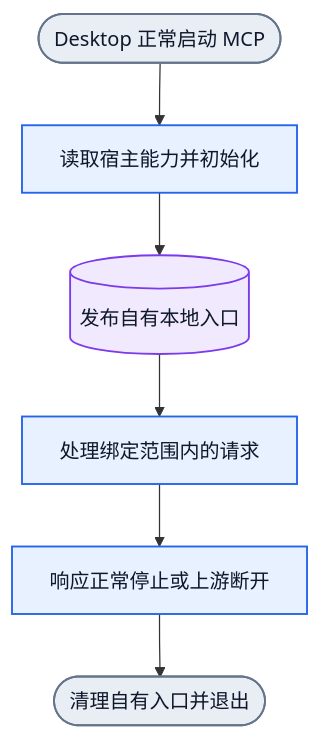
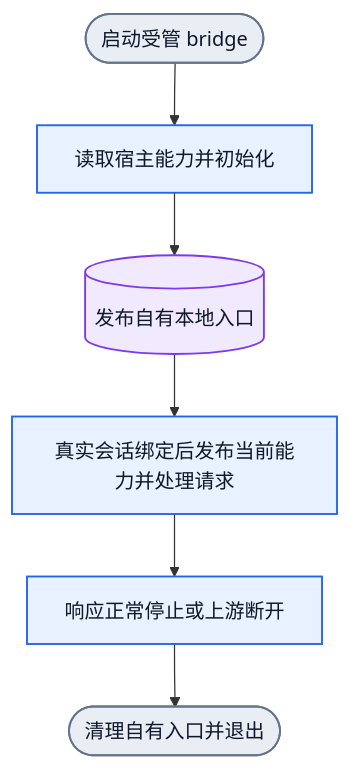
One commit to Jasonzhangf/appsdk changed the first of 2 diagrams in docs/design/collab-desktop-bridge.md. Above: the diagram before and after it, drawn with Mermaid. The commit also changed other lines of this file and 15 other files, not shown here.

````diff
--- a/docs/design/collab-desktop-bridge.md
+++ b/docs/design/collab-desktop-bridge.md
@@ -34,11 +34,11 @@
 ```mermaid
 flowchart TD
-  S([Desktop 正常启动 MCP]):::boundary --> A[读取宿主能力并初始化]:::action
+  S([启动受管 bridge]):::boundary --> A[读取宿主能力并初始化]:::action
   A --> B[(发布自有本地入口)]:::data
-  B --> C[处理绑定范围内的请求]:::action
+  B --> C[真实会话绑定后发布当前能力并处理请求]:::action
   C --> D[响应正常停止或上游断开]:::action
   D --> E([清理自有入口并退出]):::boundary
   classDef boundary fill:#E9EEF5,stroke:#64748B,color:#0F172A,stroke-width:1.5px
   classDef action fill:#E8F1FF,stroke:#2563EB,color:#0F172A,stroke-width:1.5px
   classDef data fill:#F1EAFE,stroke:#7C3AED,color:#0F172A,stroke-width:1.5px
 ```
````
